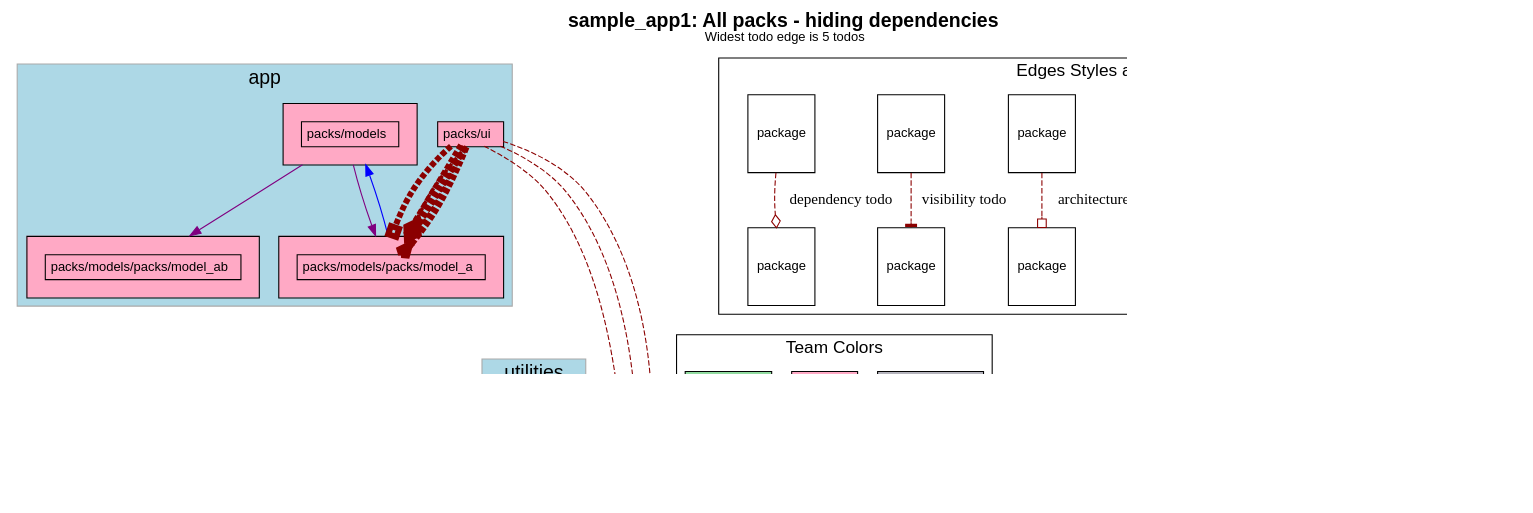
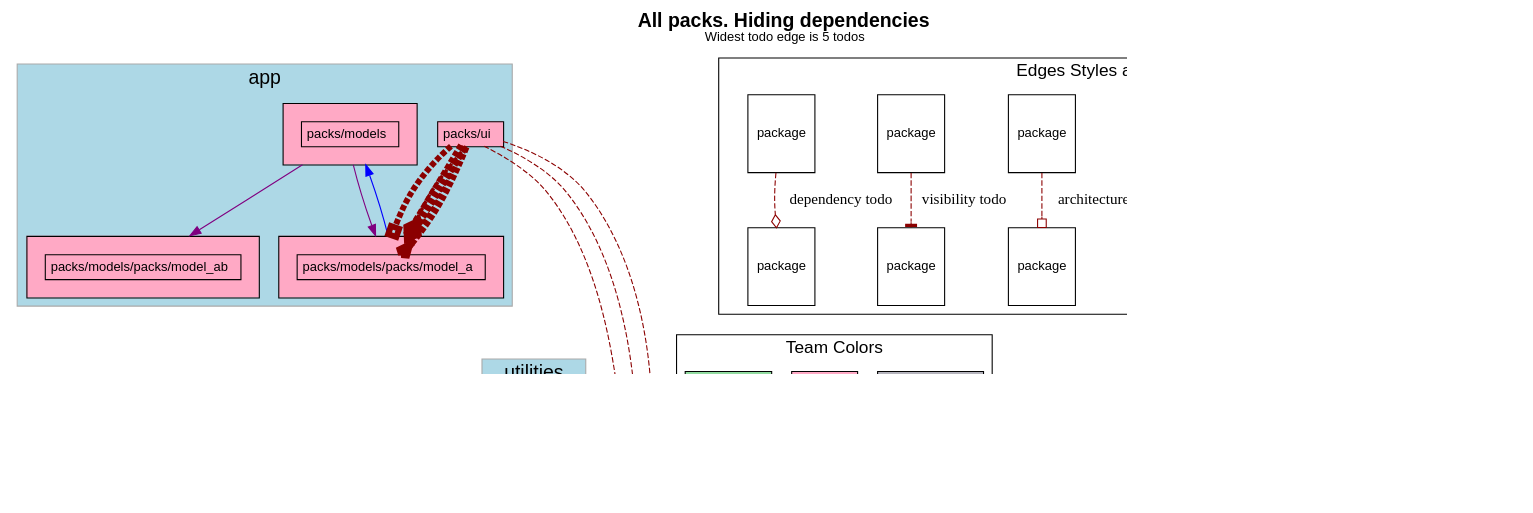
One commit to rubyatscale/visualize_packs changed the diagram in spec/sample_app1/test_output/no_dependencies.dot. Above: the diagram before and after it, drawn with Graphviz. The commit also changed 21 other files, not shown here.

```diff
--- a/spec/sample_app1/test_output/no_dependencies.dot
+++ b/spec/sample_app1/test_output/no_dependencies.dot
@@ -5,7 +5,7 @@
     fontname="Helvetica,Arial,sans-serif"
     dpi=100
     layout=dot
-    label=<<b>sample_app1: All packs - hiding dependencies</b><br/><font point-size='12'>Widest todo edge is 5 todos</font>>
+    label=<<b>All packs. Hiding dependencies</b><br/><font point-size='12'>Widest todo edge is 5 todos</font>>
     fontsize=18
   ]
   node [
```
